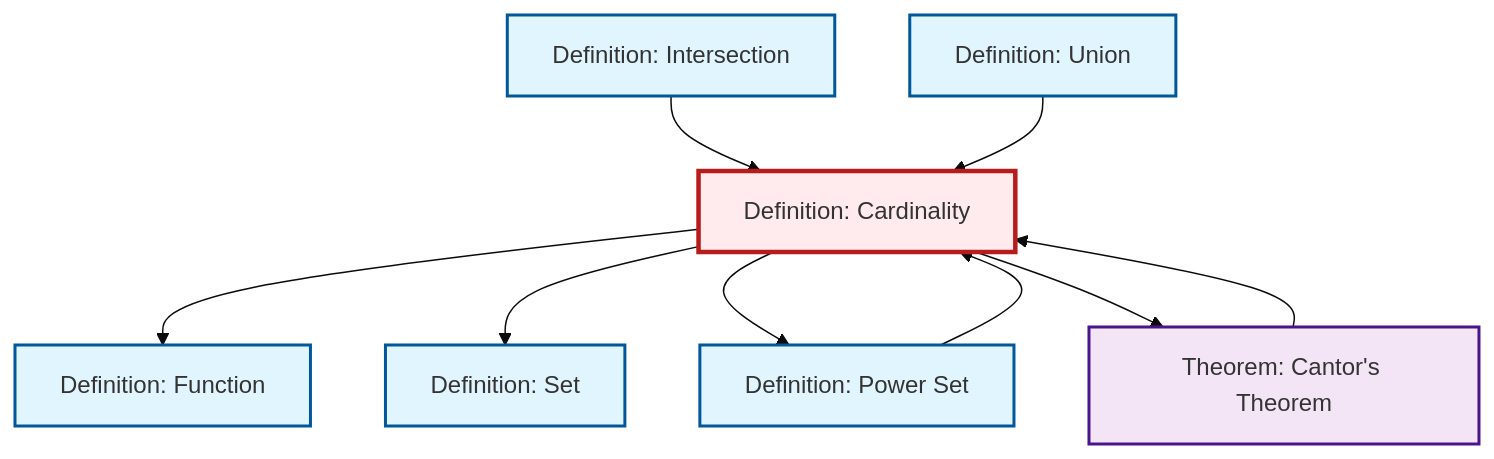
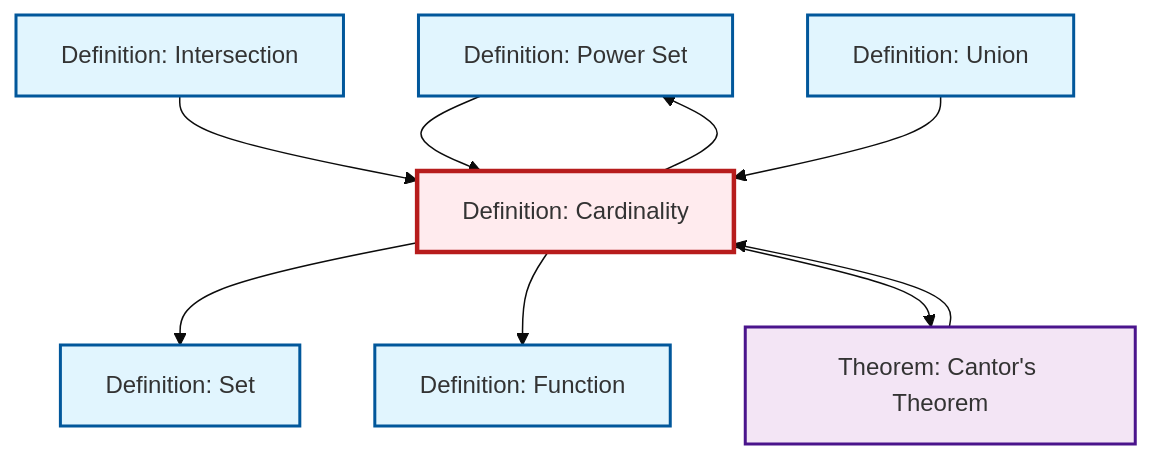
Before and after one commit to RK0429/ModernMath: the diagram in content/en/logic-set-theory/def-cardinality.qmd, drawn with Mermaid (base theme). The commit also changed other lines of this file and 672 other files, not shown here.

````diff
--- a/content/en/logic-set-theory/def-cardinality.qmd
+++ b/content/en/logic-set-theory/def-cardinality.qmd
@@ -85,31 +85,31 @@
 ```{mermaid}
 %%| fig-cap: "Local dependency graph"
 graph TD
     classDef definition fill:#e1f5fe,stroke:#01579b,stroke-width:2px
     classDef theorem fill:#f3e5f5,stroke:#4a148c,stroke-width:2px
     classDef axiom fill:#fff3e0,stroke:#e65100,stroke-width:2px
     classDef example fill:#e8f5e9,stroke:#1b5e20,stroke-width:2px
     classDef current fill:#ffebee,stroke:#b71c1c,stroke-width:3px
+    def-set["Definition: Set"]:::definition
+    def-power-set["Definition: Power Set"]:::definition
+    thm-cantor["Theorem: Cantor's Theorem"]:::theorem
+    def-intersection["Definition: Intersection"]:::definition
     def-union["Definition: Union"]:::definition
-    def-set["Definition: Set"]:::definition
-    def-intersection["Definition: Intersection"]:::definition
     def-function["Definition: Function"]:::definition
     def-cardinality["Definition: Cardinality"]:::definition
-    thm-cantor["Theorem: Cantor's Theorem"]:::theorem
-    def-power-set["Definition: Power Set"]:::definition
-    def-cardinality --> def-function
     def-power-set --> def-cardinality
-    def-intersection --> def-cardinality
-    def-union --> def-cardinality
     def-cardinality --> def-set
     def-cardinality --> def-power-set
+    def-intersection --> def-cardinality
+    thm-cantor --> def-cardinality
+    def-union --> def-cardinality
+    def-cardinality --> def-function
     def-cardinality --> thm-cantor
-    thm-cantor --> def-cardinality
     class def-cardinality current
+    click def-set "def-set.html" "Go to Set definition"
+    click def-power-set "def-power-set.html" "Go to Power Set definition"
+    click thm-cantor "thm-cantor.html" "Go to Cantor's Theorem theorem"
+    click def-intersection "def-intersection.html" "Go to Intersection definition"
     click def-union "def-union.html" "Go to Union definition"
-    click def-set "def-set.html" "Go to Set definition"
-    click def-intersection "def-intersection.html" "Go to Intersection definition"
     click def-function "def-function.html" "Go to Function definition"
-    click thm-cantor "thm-cantor.html" "Go to Cantor's Theorem theorem"
-    click def-power-set "def-power-set.html" "Go to Power Set definition"
 ```
````
